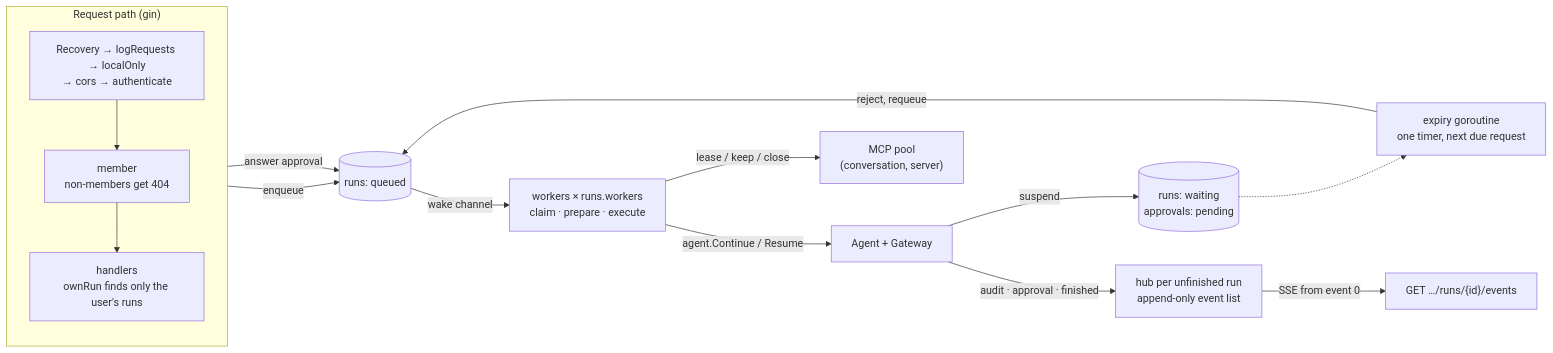
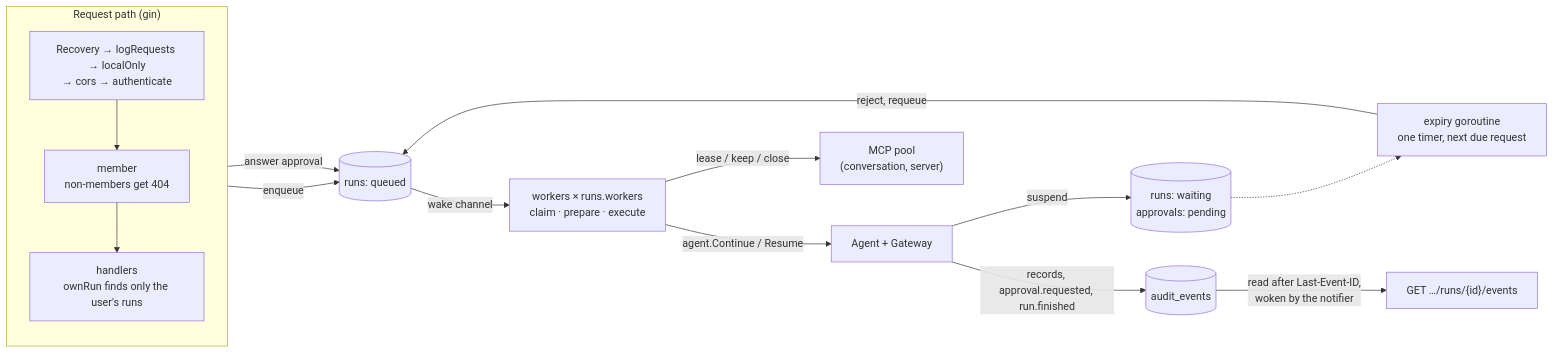
Before and after one commit to jangraefen/agenty: the fifth of 7 diagrams in README.md, drawn with Mermaid. The commit also changed other lines of this file and 36 other files, not shown here.

First line of the commit message:
feat: a run's event stream reads the audit log, which records approval requests (#175)

````diff
--- a/README.md
+++ b/README.md
@@ -166,20 +166,20 @@
 ```mermaid
 flowchart LR
     subgraph http["Request path (gin)"]
         direction TB
         mw["Recovery → logRequests → localOnly<br/>→ cors → authenticate"] --> member["member<br/>non-members get 404"]
         member --> h["handlers<br/>ownRun finds only the user's runs"]
     end
 
     h -- "enqueue" --> q[("runs: queued")]
     h -- "answer approval" --> q
     q -- "wake channel" --> w["workers × runs.workers<br/>claim · prepare · execute"]
     w -- "agent.Continue / Resume" --> ag["Agent + Gateway"]
     ag -- "suspend" --> wt[("runs: waiting<br/>approvals: pending")]
     exp["expiry goroutine<br/>one timer, next due request"] -- "reject, requeue" --> q
     wt -.-> exp
 
-    ag -- "audit · approval · finished" --> hub["hub per unfinished run<br/>append-only event list"]
-    hub -- "SSE from event 0" --> sse["GET …/runs/{id}/events"]
+    ag -- "records, approval.requested, run.finished" --> log[("audit_events")]
+    log -- "read after Last-Event-ID,<br/>woken by the notifier" --> sse["GET …/runs/{id}/events"]
     w -- "lease / keep / close" --> pool["MCP pool<br/>(conversation, server)"]
 ```
````
